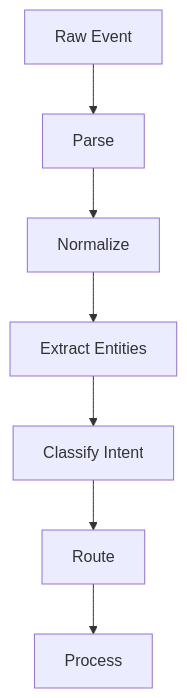
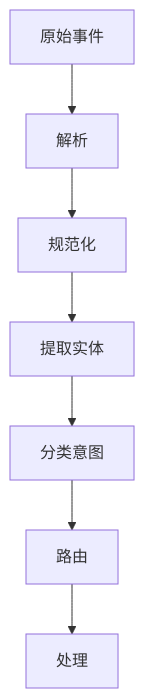
The diagram in docs/zh/architecture-book/part-5-channels/04-message-processing.md (a576378368/openclaw_docs), drawn with Mermaid before and after one commit. The commit also changed other lines of this file and 13 other files, not shown here.

````diff
--- a/docs/zh/architecture-book/part-5-channels/04-message-processing.md
+++ b/docs/zh/architecture-book/part-5-channels/04-message-processing.md
@@ -17,9 +17,9 @@
 ```mermaid
 flowchart TB
-    A[Raw Event] --> B[Parse]
-    B --> C[Normalize]
-    C --> D[Extract Entities]
-    D --> E[Classify Intent]
-    E --> F[Route]
-    F --> G[Process]
+    A[原始事件] --> B[解析]
+    B --> C[规范化]
+    C --> D[提取实体]
+    D --> E[分类意图]
+    E --> F[路由]
+    F --> G[处理]
 ```
````
